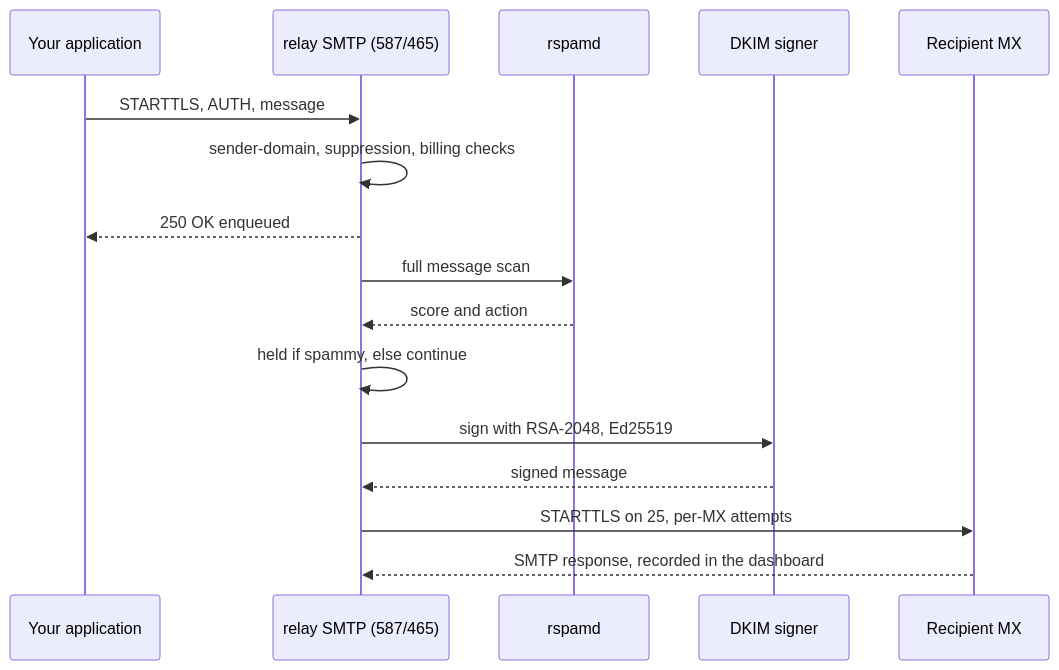
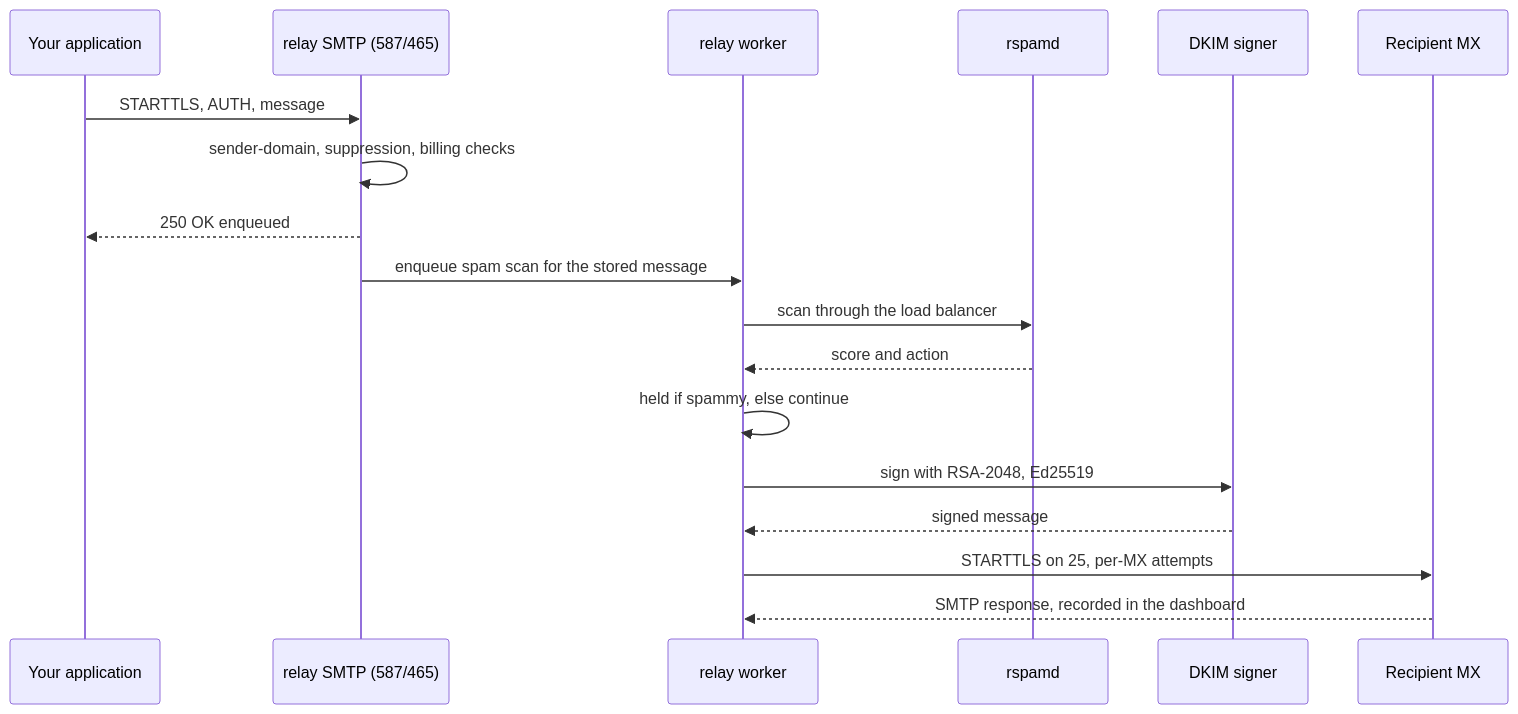
The diagram in docs/docs/deliverability.md (codingjoe/relay), drawn with Mermaid before and after one commit. The commit also changed 7 other files, not shown here.

First line of the commit message:
Make spam scanning redundant behind a Caddy load balancer

````diff
--- a/docs/docs/deliverability.md
+++ b/docs/docs/deliverability.md
@@ -56,19 +56,21 @@
 ```mermaid
 sequenceDiagram
     participant App as Your application
     participant MSA as relay SMTP (587/465)
+    participant Worker as relay worker
     participant Scan as rspamd
     participant Sign as DKIM signer
     participant Remote as Recipient MX
 
     App->>MSA: STARTTLS, AUTH, message
     MSA->>MSA: sender-domain, suppression, billing checks
     MSA-->>App: 250 OK enqueued
-    MSA->>Scan: full message scan
-    Scan-->>MSA: score and action
-    MSA->>MSA: held if spammy, else continue
-    MSA->>Sign: sign with RSA-2048, Ed25519
-    Sign-->>MSA: signed message
-    MSA->>Remote: STARTTLS on 25, per-MX attempts
-    Remote-->>MSA: SMTP response, recorded in the dashboard
+    MSA->>Worker: enqueue spam scan for the stored message
+    Worker->>Scan: scan through the load balancer
+    Scan-->>Worker: score and action
+    Worker->>Worker: held if spammy, else continue
+    Worker->>Sign: sign with RSA-2048, Ed25519
+    Sign-->>Worker: signed message
+    Worker->>Remote: STARTTLS on 25, per-MX attempts
+    Remote-->>Worker: SMTP response, recorded in the dashboard
 ```
````
